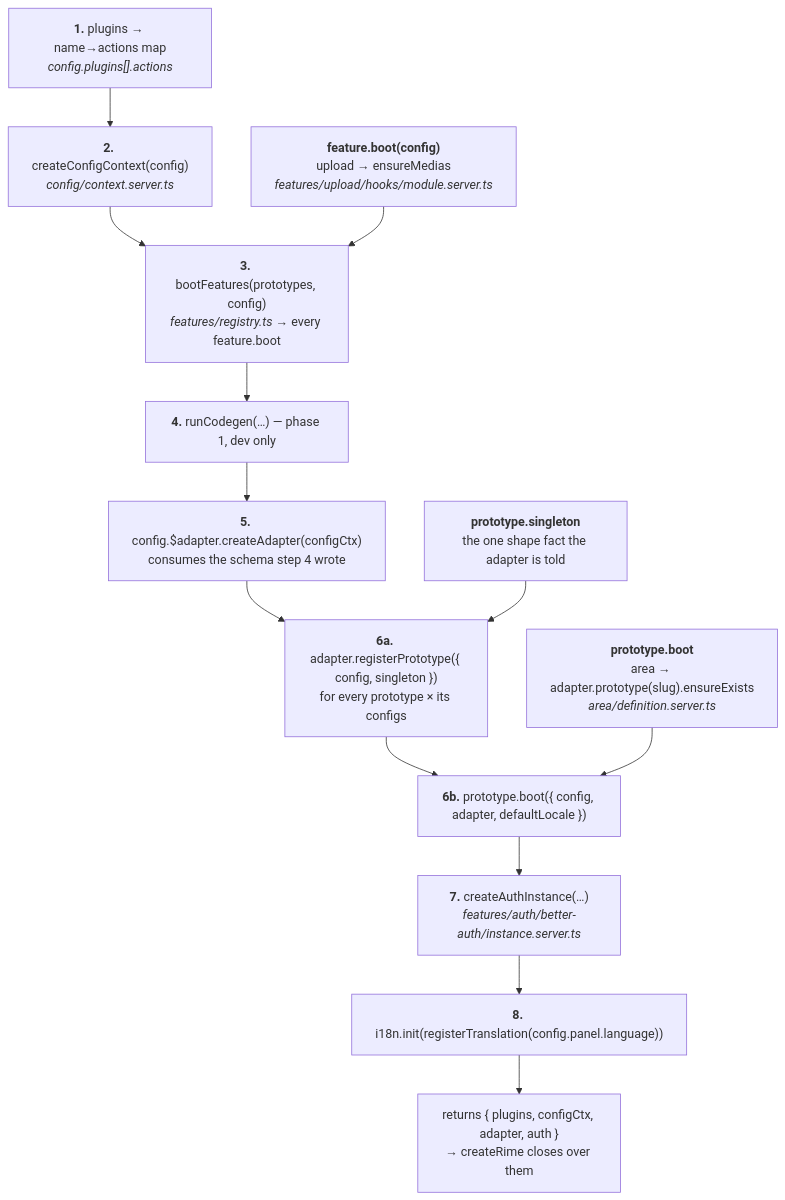
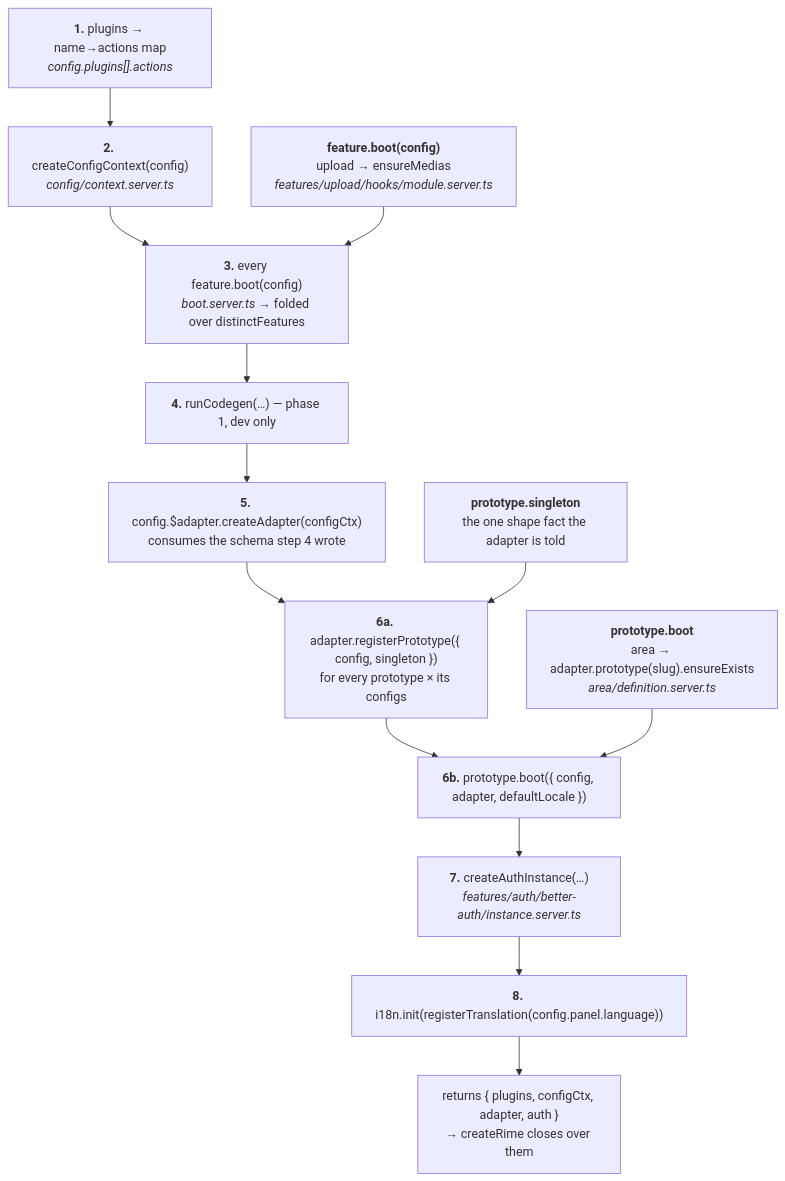
Before and after one commit to bienbiendev/rime: the third of 4 diagrams in docs/architecture-target.md, drawn with Mermaid. The commit also changed other lines of this file and 38 other files, not shown here.

````diff
--- a/docs/architecture-target.md
+++ b/docs/architecture-target.md
@@ -157,24 +157,24 @@
 ```mermaid
 flowchart TB
     B1["<b>1.</b> plugins → name→actions map<br/><i>config.plugins[].actions</i>"]
     B2["<b>2.</b> createConfigContext(config)<br/><i>config/context.server.ts</i>"]
-    B3["<b>3.</b> bootFeatures(prototypes, config)<br/><i>features/registry.ts</i> → every feature.boot"]
+    B3["<b>3.</b> every feature.boot(config)<br/><i>boot.server.ts</i> → folded over distinctFeatures"]
     B4["<b>4.</b> runCodegen(…) — phase 1, dev only"]
     B5["<b>5.</b> config.$adapter.createAdapter(configCtx)<br/>consumes the schema step 4 wrote"]
     B6a["<b>6a.</b> adapter.registerPrototype({ config, singleton })<br/>for every prototype × its configs"]
     B6b["<b>6b.</b> prototype.boot({ config, adapter, defaultLocale })"]
     B7["<b>7.</b> createAuthInstance(…)<br/><i>features/auth/better-auth/instance.server.ts</i>"]
     B8["<b>8.</b> i18n.init(registerTranslation(config.panel.language))"]
 
     B1 --> B2 --> B3 --> B4 --> B5 --> B6a --> B6b --> B7 --> B8
 
     FB["<b>feature.boot(config)</b><br/>upload → ensureMedias<br/><i>features/upload/hooks/module.server.ts</i>"]
     PS["<b>prototype.singleton</b><br/>the one shape fact the adapter is told"]
     PB["<b>prototype.boot</b><br/>area → adapter.prototype(slug).ensureExists<br/><i>area/definition.server.ts</i>"]
 
     FB --> B3
     PS --> B6a
     PB --> B6b
 
     B8 --> OUT["returns { plugins, configCtx, adapter, auth }<br/>→ createRime closes over them"]
 ```
````
